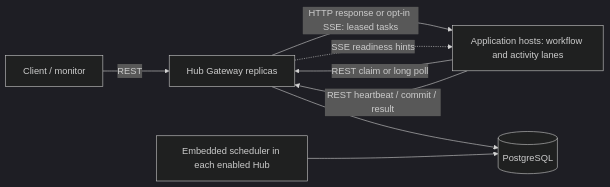
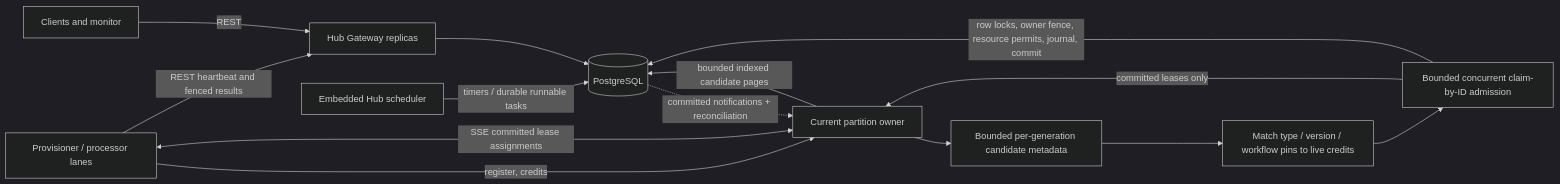
One commit to thanhhaictld/workflow-core changed the diagram in scaling/docs/current-runtime.md. Above: the diagram before and after it, drawn with Mermaid (dark theme). The commit also changed other lines of this file, not shown here.

Commit message:
docs(architecture): establish candidate matching plus SSE as canonical Hub runtime

````diff
--- a/scaling/docs/current-runtime.md
+++ b/scaling/docs/current-runtime.md
@@ -22,10 +16,16 @@
 ```mermaid
 flowchart LR
-    C[Client / monitor] -->|REST| G[Hub Gateway replicas]
-    W[Application hosts: workflow and activity lanes] -->|REST claim or long poll| G
-    G -->|HTTP response or opt-in SSE: leased tasks| W
-    G -. SSE readiness hints .-> W
-    W -->|REST heartbeat / commit / result| G
-    G --> P[(PostgreSQL)]
-    S[Embedded scheduler in each enabled Hub] --> P
+    API[Clients and monitor] -->|REST| GW[Hub Gateway replicas]
+    PR[Provisioner / processor lanes] -->|register, credits| OWN[Current partition owner]
+    PR <-->|SSE committed lease assignments| OWN
+    PR -->|REST heartbeat and fenced results| GW
+    GW --> PG[(PostgreSQL)]
+    OWN -->|bounded indexed candidate pages| PG
+    OWN --> BUF[Bounded per-generation candidate metadata]
+    BUF --> MATCH[Match type / version / workflow pins to live credits]
+    MATCH --> ADMIT[Bounded concurrent claim-by-ID admission]
+    ADMIT -->|row locks, owner fence, resource permits, journal, commit| PG
+    ADMIT -->|committed leases only| OWN
+    TIMER[Embedded Hub scheduler] -->|timers / durable runnable tasks| PG
+    PG -.->|committed notifications + reconciliation| OWN
 ```
````
